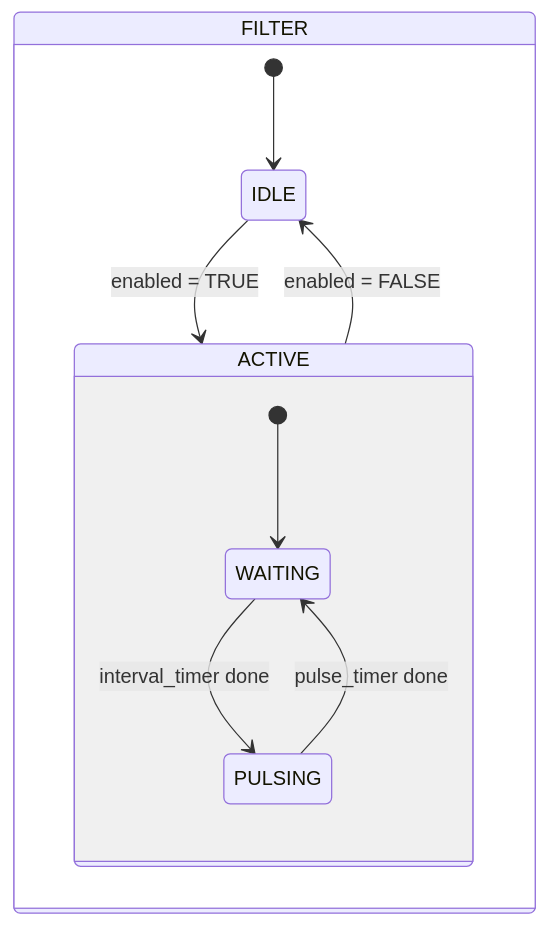
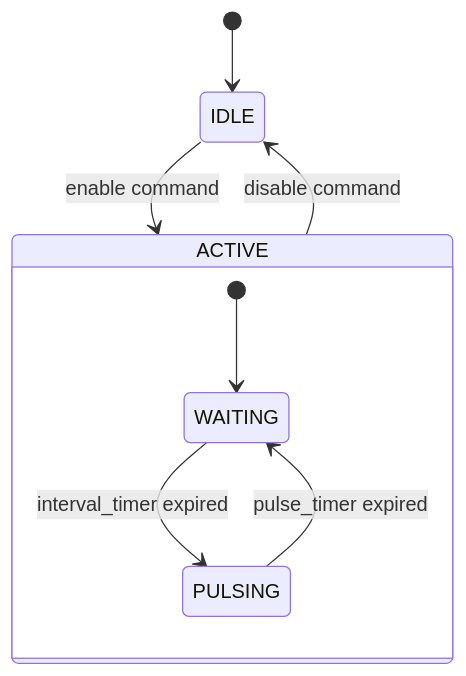
The second of 2 diagrams in docs/library/filters/1-sleeve/index.en.md (AleFire99/TIA_knowledge), drawn with Mermaid before and after one commit. The commit also changed other lines of this file and 69 other files, not shown here.

````diff
--- a/docs/library/filters/1-sleeve/index.en.md
+++ b/docs/library/filters/1-sleeve/index.en.md
@@ -86,16 +96,13 @@
 ```mermaid
 stateDiagram-v2
-    state FILTER {
-        [*] --> IDLE
+    [*] --> IDLE
 
-        IDLE --> ACTIVE : enabled = TRUE
+    IDLE --> ACTIVE : enable command
+    ACTIVE --> IDLE : disable command
 
-        state ACTIVE {
-            [*] --> WAITING
-            WAITING --> PULSING : interval_timer done
-            PULSING --> WAITING : pulse_timer done
-        }
-
-        ACTIVE --> IDLE : enabled = FALSE
+    state ACTIVE {
+        [*] --> WAITING
+        WAITING --> PULSING : interval_timer expired
+        PULSING --> WAITING : pulse_timer expired
     }
 ```
````
